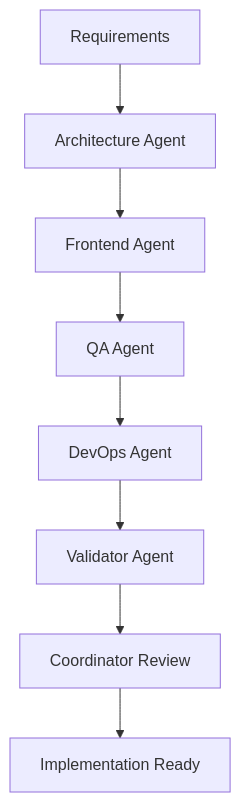
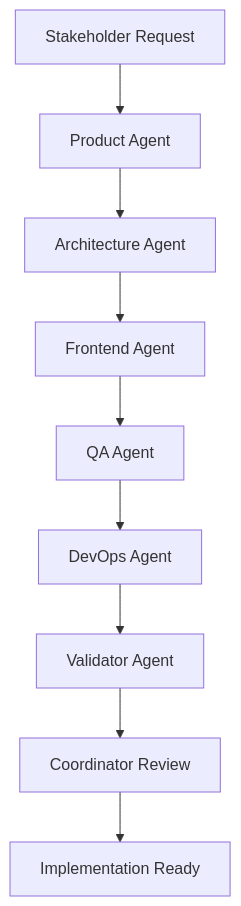
One commit to kevinarauz/proyecto-react changed the first of 3 diagrams in .claude/agents/workflows.md. Above: the diagram before and after it, drawn with Mermaid. The commit also changed other lines of this file and 3 other files, not shown here.

````diff
--- a/.claude/agents/workflows.md
+++ b/.claude/agents/workflows.md
@@ -8,10 +8,11 @@
 ```mermaid
 graph TD
-    START[Requirements] --> ARQ[Architecture Agent]
+    START[Stakeholder Request] --> PRODUCT[Product Agent]
+    PRODUCT --> ARQ[Architecture Agent]
     ARQ --> FRONT[Frontend Agent] 
     FRONT --> QA[QA Agent]
     QA --> DEVOPS[DevOps Agent]
     DEVOPS --> VAL[Validator Agent]
     VAL --> COORD[Coordinator Review]
     COORD --> IMPL[Implementation Ready]
 ```
````
